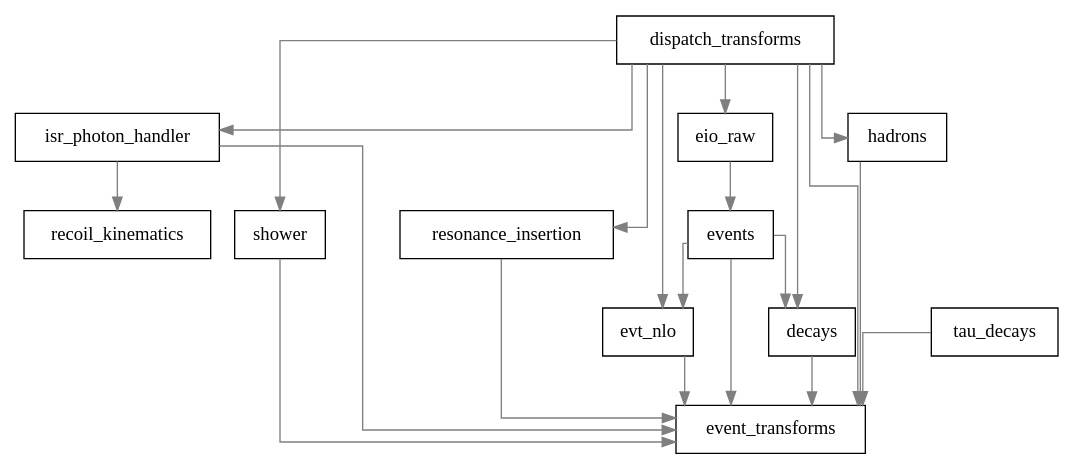
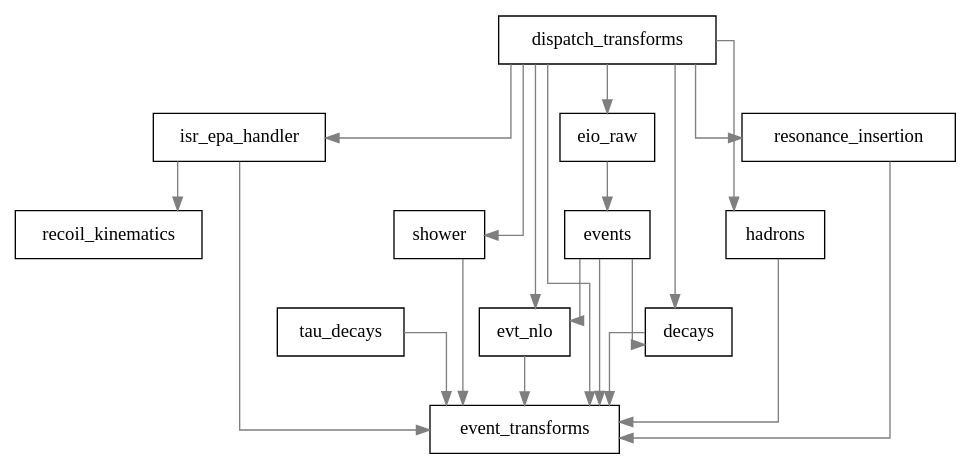
Before and after one commit to bendavid/whizard: the diagram in share/doc/transforms.dot, drawn with Graphviz. The commit also changed 835 other files, not shown here.

```diff
--- a/share/doc/transforms.dot
+++ b/share/doc/transforms.dot
@@ -1,27 +1,27 @@
 
 digraph G {
 concentrate=true
 splines=ortho
 node[shape=record,style=filled,fillcolor=white]
 edge[color=gray50]
-isr_photon_handler -> recoil_kinematics
+isr_epa_handler -> recoil_kinematics
+tau_decays -> event_transforms
 shower -> event_transforms
 dispatch_transforms -> shower
 dispatch_transforms -> evt_nlo
-tau_decays -> event_transforms
+events -> decays
+isr_epa_handler -> event_transforms
 dispatch_transforms -> decays
-dispatch_transforms -> isr_photon_handler
 evt_nlo -> event_transforms
 events -> event_transforms
-dispatch_transforms -> resonance_insertion
-eio_raw -> events
+dispatch_transforms -> isr_epa_handler
 dispatch_transforms -> hadrons
 hadrons -> event_transforms
 resonance_insertion -> event_transforms
-events -> decays
+eio_raw -> events
 decays -> event_transforms
-dispatch_transforms -> eio_raw
+dispatch_transforms -> resonance_insertion
 dispatch_transforms -> event_transforms
 events -> evt_nlo
-isr_photon_handler -> event_transforms
+dispatch_transforms -> eio_raw
  }
```
